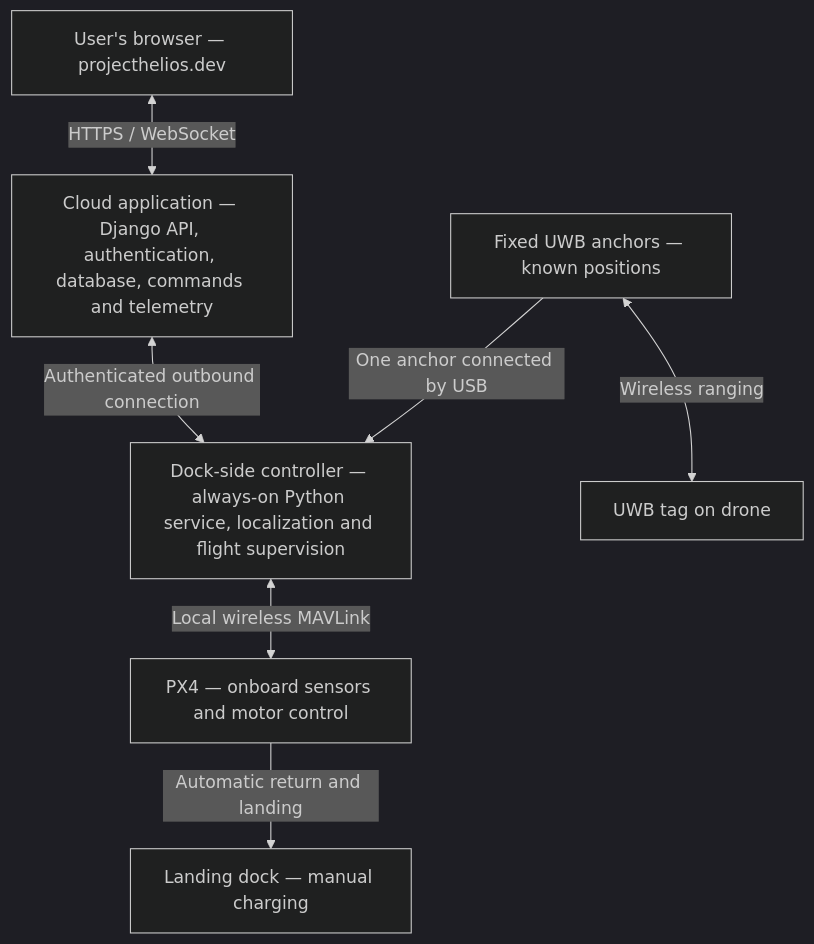
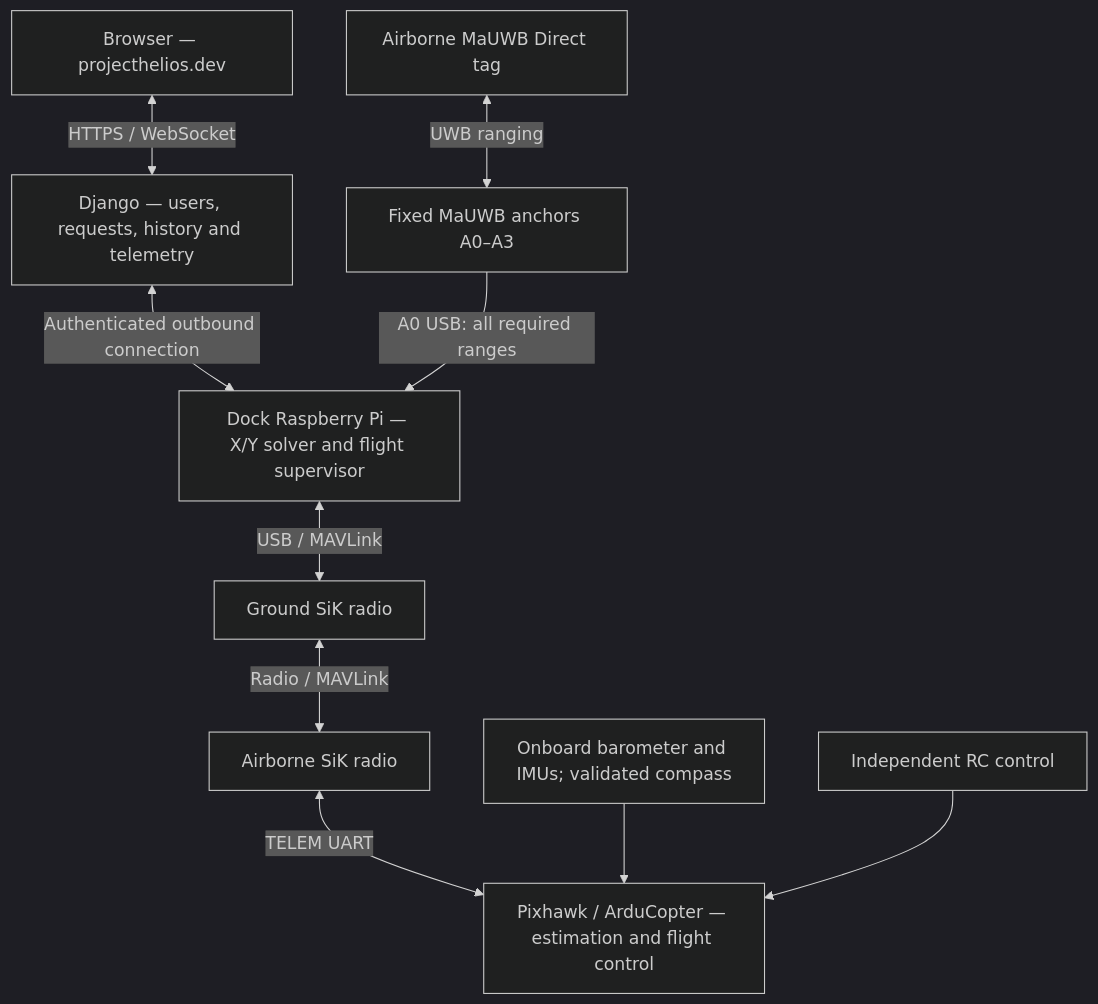
One commit to joseph-gardner-12/ProjectHelios changed the diagram in docs/project-roadmap.md. Above: the diagram before and after it, drawn with Mermaid (dark theme). The commit also changed other lines of this file and 4 other files, not shown here.

````diff
--- a/docs/project-roadmap.md
+++ b/docs/project-roadmap.md
@@ -21,17 +21,23 @@
 ```mermaid
 flowchart TB
-    USER["User's browser — projecthelios.dev"]
-    CLOUD["Cloud application — Django API, authentication, database, commands and telemetry"]
-    HUB["Dock-side controller — always-on Python service, localization and flight supervision"]
-    ANCHORS["Fixed UWB anchors — known positions"]
-    TAG["UWB tag on drone"]
-    PX4["PX4 — onboard sensors and motor control"]
-    DOCK["Landing dock — manual charging"]
+    USER["Browser — projecthelios.dev"]
+    CLOUD["Django — users, requests, history and telemetry"]
+    PI["Dock Raspberry Pi — X/Y solver and flight supervisor"]
+    ANCHORS["Fixed MaUWB anchors A0–A3"]
+    TAG["Airborne MaUWB Direct tag"]
+    GROUND["Ground SiK radio"]
+    AIR["Airborne SiK radio"]
+    FC["Pixhawk / ArduCopter — estimation and flight control"]
+    SENSORS["Onboard barometer and IMUs; validated compass"]
+    RC["Independent RC control"]
 
     USER <-->|HTTPS / WebSocket| CLOUD
-    CLOUD <-->|Authenticated outbound connection| HUB
-    ANCHORS <-->|Wireless ranging| TAG
-    ANCHORS -->|One anchor connected by USB| HUB
-    HUB <-->|Local wireless MAVLink| PX4
-    PX4 -->|Automatic return and landing| DOCK
+    CLOUD <-->|Authenticated outbound connection| PI
+    TAG <-->|UWB ranging| ANCHORS
+    ANCHORS -->|A0 USB: all required ranges| PI
+    PI <-->|USB / MAVLink| GROUND
+    GROUND <-->|Radio / MAVLink| AIR
+    AIR <-->|TELEM UART| FC
+    SENSORS --> FC
+    RC --> FC
 ```
````
